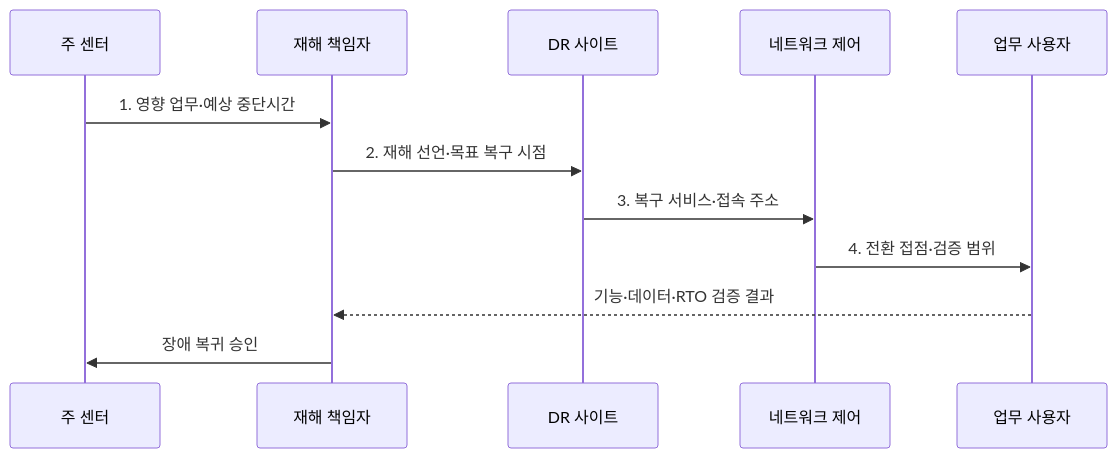
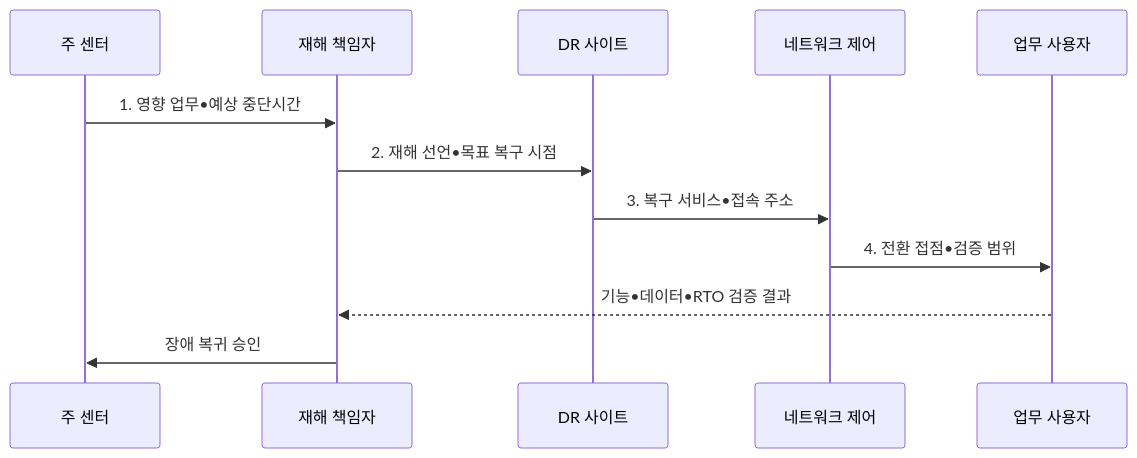
Before and after one commit to agnusdei1207/knowledge-base: the second of 2 diagrams in src/content/docs/notes/06-evaluation/019_disaster_recovery_site.md, drawn with Mermaid. The commit also changed other lines of this file and 953 other files, not shown here.

````diff
--- a/src/content/docs/notes/06-evaluation/019_disaster_recovery_site.md
+++ b/src/content/docs/notes/06-evaluation/019_disaster_recovery_site.md
@@ -104,14 +104,14 @@
 ```mermaid
 sequenceDiagram
   participant P as 주 센터
   participant M as 재해 책임자
   participant D as DR 사이트
   participant N as 네트워크 제어
   participant U as 업무 사용자
-  P->>M: 1. 영향 업무·예상 중단시간
-  M->>D: 2. 재해 선언·목표 복구 시점
-  D->>N: 3. 복구 서비스·접속 주소
-  N->>U: 4. 전환 접점·검증 범위
-  U-->>M: 기능·데이터·RTO 검증 결과
+  P->>M: 1. 영향 업무•예상 중단시간
+  M->>D: 2. 재해 선언•목표 복구 시점
+  D->>N: 3. 복구 서비스•접속 주소
+  N->>U: 4. 전환 접점•검증 범위
+  U-->>M: 기능•데이터•RTO 검증 결과
   M->>P: 장애 복귀 승인
 ```
````
